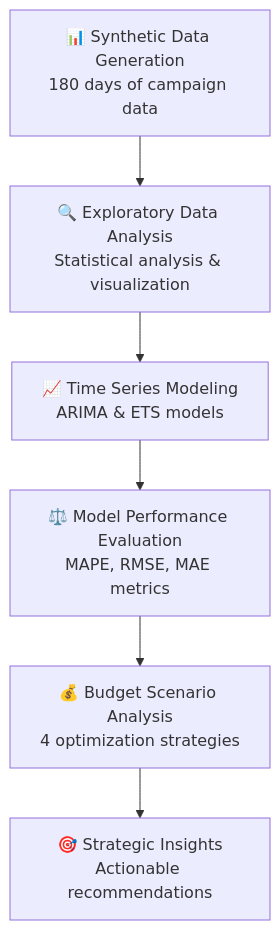
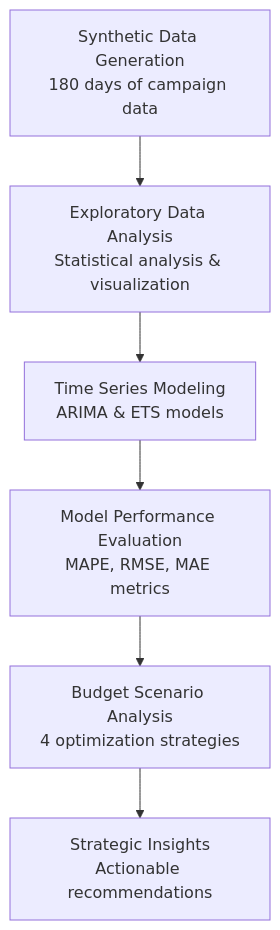
Before and after one commit to asadadnan11/kpi-forecasting-for-media-campaigns: the first of 3 diagrams in README.md, drawn with Mermaid. The commit also changed other lines of this file and 1 other file, not shown here.

````diff
--- a/README.md
+++ b/README.md
@@ -23,8 +23,8 @@
 ```mermaid
 graph TD
-    A["📊 Synthetic Data Generation<br/>180 days of campaign data"] --> B["🔍 Exploratory Data Analysis<br/>Statistical analysis & visualization"]
-    B --> C["📈 Time Series Modeling<br/>ARIMA & ETS models"]
-    C --> D["⚖️ Model Performance Evaluation<br/>MAPE, RMSE, MAE metrics"]
-    D --> E["💰 Budget Scenario Analysis<br/>4 optimization strategies"]
-    E --> F["🎯 Strategic Insights<br/>Actionable recommendations"]
+    A["Synthetic Data Generation<br/>180 days of campaign data"] --> B["Exploratory Data Analysis<br/>Statistical analysis & visualization"]
+    B --> C["Time Series Modeling<br/>ARIMA & ETS models"]
+    C --> D["Model Performance Evaluation<br/>MAPE, RMSE, MAE metrics"]
+    D --> E["Budget Scenario Analysis<br/>4 optimization strategies"]
+    E --> F["Strategic Insights<br/>Actionable recommendations"]
 ```
````
